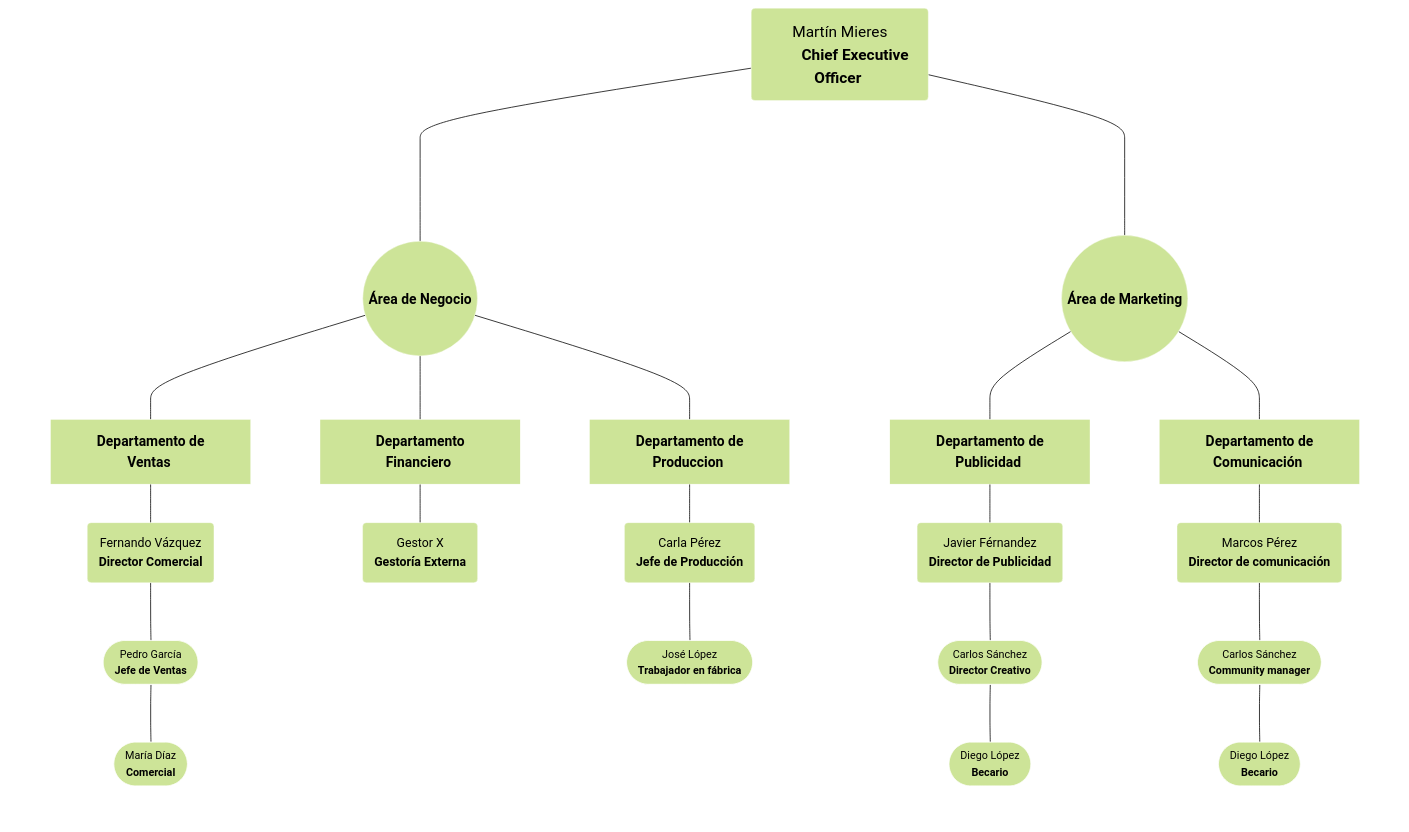
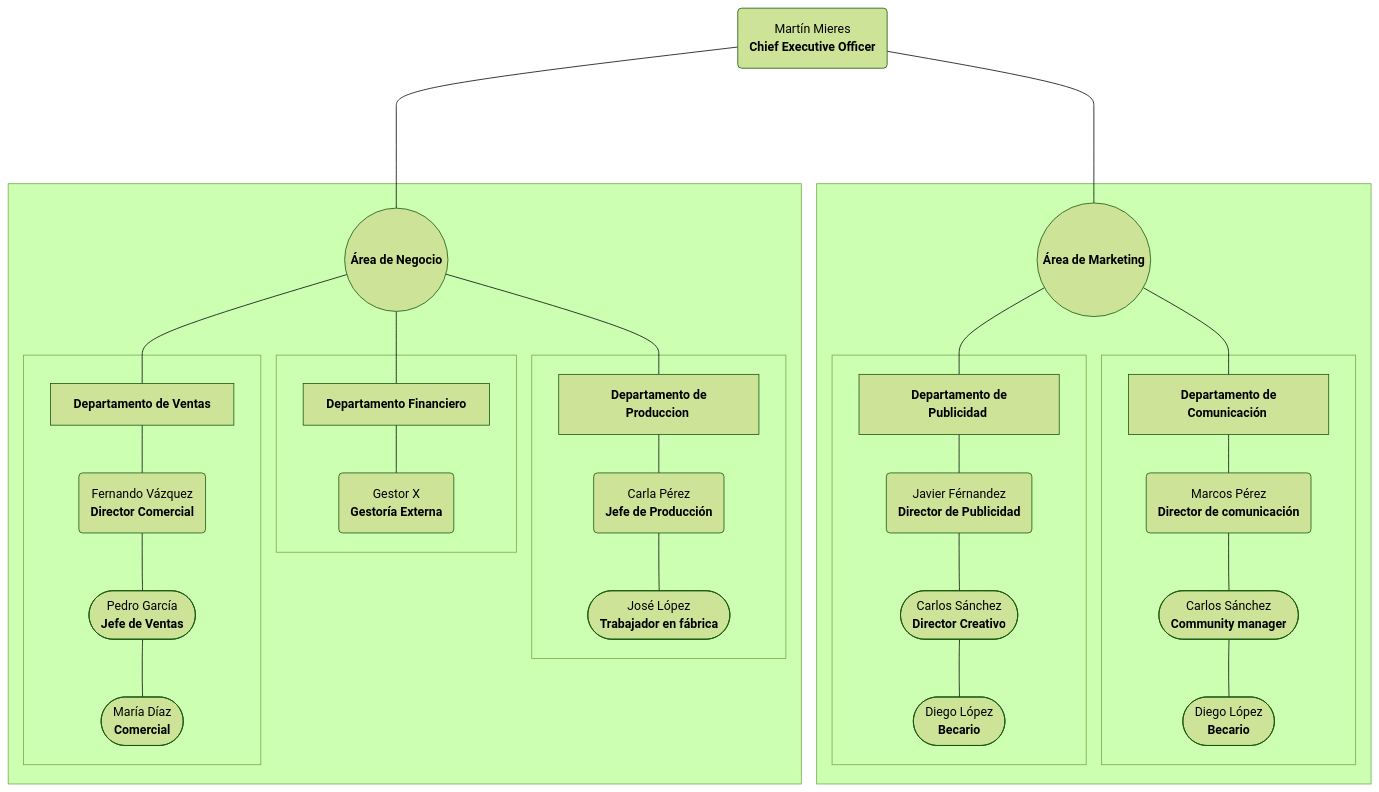
Before and after one commit to MiguelEstebanG/diagram: the diagram in README.md, drawn with Mermaid (forest theme).

````diff
--- a/README.md
+++ b/README.md
@@ -2,55 +2,6 @@
 ```mermaid
 
 flowchart TB
-
-    classDef integrantes fill:#ff, stroke:#fff, stroke-width:0.5px, font-size: 20px;
-    classDef departamento fill:none, stroke:none;
-    classDef area fill:#ff, stroke:#fff, stroke-width:0.5px, font-size: 18px;
-    classDef subdpto fill:#ff, stroke:#fff, stroke-width:0.5px, font-size: 18px; 
-    classDef integrantes2 fill:#ff, stroke:#fff, stroke-width:0.5px, font-size: 16px;
-    classDef integrantes3 fill:#ff, stroke:#fff, stroke-width:0.5px, font-size: 14px;
-
-    
-
-    %% Aplicacion de estilos a los departamentos
-    departamentodeMarketing:::departamento
-    departamentoDeComunicacion:::departamento
-    departamentoDePublicidad:::departamento
-    departamentodeNegocio:::departamento
-    departamentoDeProduccion:::departamento
-    departamentoFinanciero:::departamento
-    departamentoDeVentas:::departamento
-    
-
-
-    %% Aplicacion de estilos a los subdepartamentos
-    dptoComunicacion:::subdpto
-    dptoPublicidad:::subdpto
-    dptoProduccion:::subdpto
-    dptoFinanciero:::subdpto
-    dptoVentas:::subdpto
-   
-
-    %% Aplicacion de estilos a las areas
-    areaDeMarketing:::area
-    areaDeNegocio:::area
-
-    %% Aplicacion de estilos a los integrantes
-    ceo:::integrantes
-    directorDeComunicacion:::integrantes2
-    directorDePublicidad:::integrantes2
-    jefeDeProduccion:::integrantes2
-    gestoria:::integrantes2
-    directorComercial:::integrantes2
-    communityManager:::integrantes3
-    becario1:::integrantes3
-    directorCreativo:::integrantes3
-    becario2:::integrantes3
-    trabajador:::integrantes3
-    jefeDeVentas:::integrantes3
-    comercial:::integrantes3
-
-
 
     %% Definicion de relaciones
     ceo ----- areaDeMarketing
@@ -167,7 +118,4 @@
         end
 
     end
-
-
-    linkStyle default stroke-width: 1px;
 ```
````
